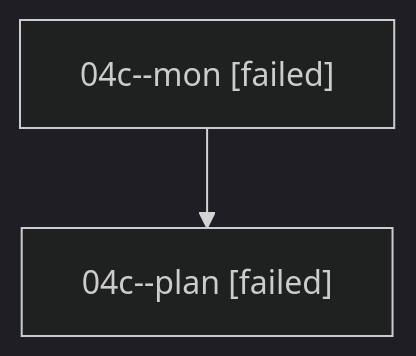
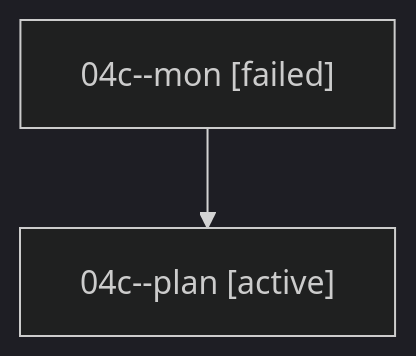
Before and after one commit to sase-org/sase--agents: the diagram in families/bbugyi200.athena.04c.md, drawn with Mermaid (dark theme). The commit also changed other lines of this file and 35830 other files, not shown here.

````diff
--- a/families/bbugyi200.athena.04c.md
+++ b/families/bbugyi200.athena.04c.md
@@ -9,6 +9,6 @@
 ```mermaid
 flowchart TD
   n0["04c--mon [failed]"]
-  n1["04c--plan [failed]"]
+  n1["04c--plan [active]"]
   n0 --> n1
 ```
````
